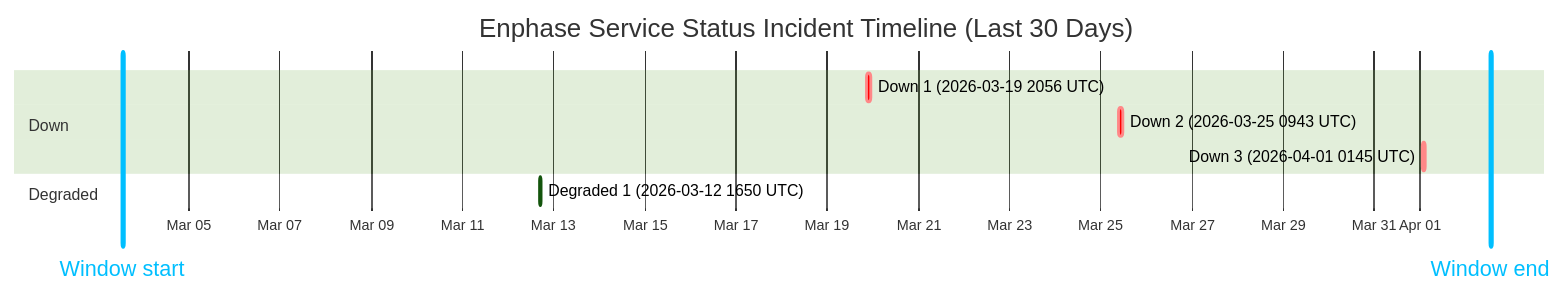
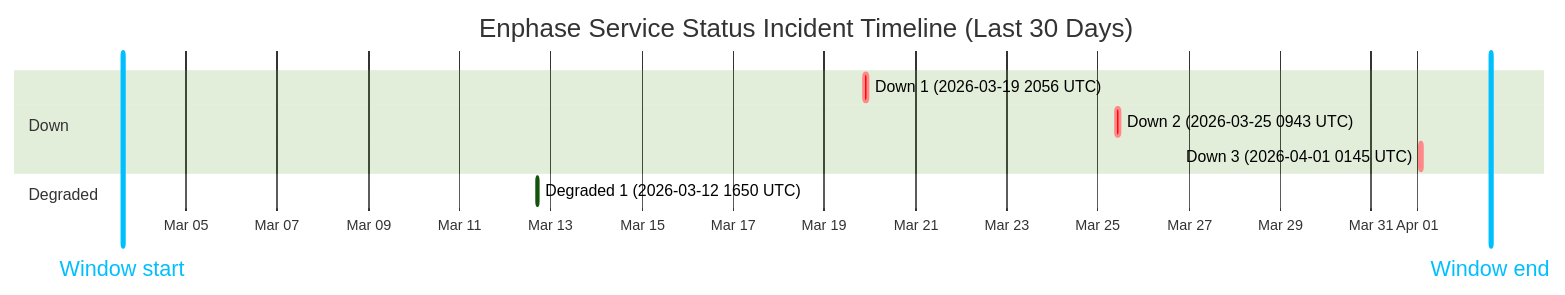
Before and after one commit to barneyonline/ha-enphase-ev-charger: the diagram in wiki/Service-Status-History.md, drawn with Mermaid (forest theme). The commit also changed other lines of this file and 3 other files, not shown here.

````diff
--- a/wiki/Service-Status-History.md
+++ b/wiki/Service-Status-History.md
@@ -14,14 +14,14 @@
 ```mermaid
 gantt
     title Enphase Service Status Incident Timeline (Last 30 Days)
     dateFormat  YYYY-MM-DDTHH:mm:ss
     axisFormat  %b %d
-    Window start :vert, window-start, 2026-03-03T13:12:17, 0ms
-    Window end :vert, window-end, 2026-04-02T13:12:17, 0ms
+    Window start :vert, window-start, 2026-03-03T14:38:45, 0ms
+    Window end :vert, window-end, 2026-04-02T14:38:45, 0ms
     section Down
     Down 1 (2026-03-19 2056 UTC) :crit, down-1, 2026-03-19T20:56:20, 145m
     Down 2 (2026-03-25 0943 UTC) :crit, down-2, 2026-03-25T09:43:28, 111m
     Down 3 (2026-04-01 0145 UTC) :crit, down-3, 2026-04-01T01:45:09, 60m
     section Degraded
     Degraded 1 (2026-03-12 1650 UTC) :active, degraded-1, 2026-03-12T16:50:43, 60m
 ```
````
